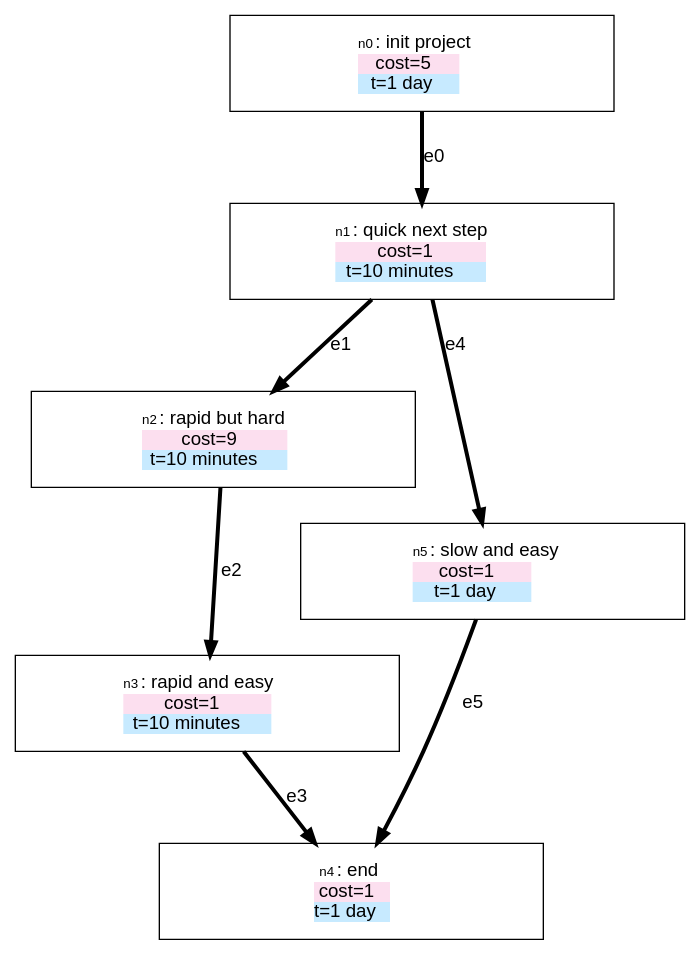
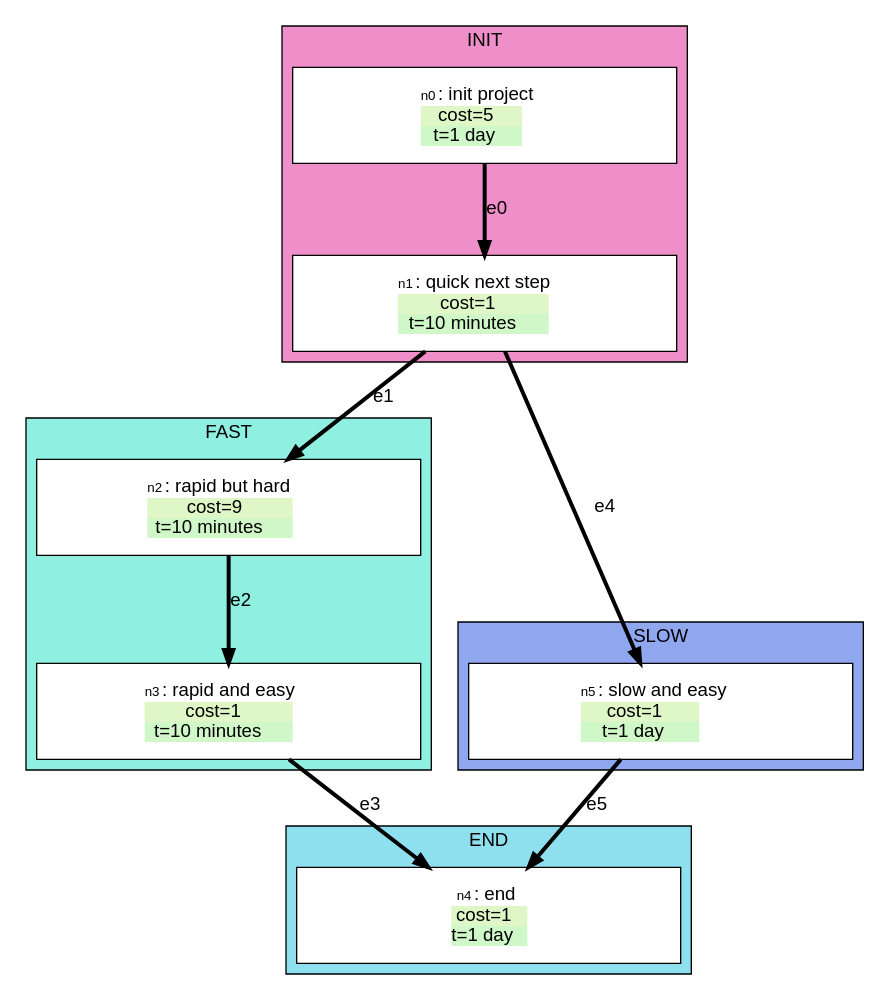
Before and after one commit to stevecooperorg/microdot: the diagram in examples/variables.dot, drawn with Graphviz. The commit also changed 10 other files, not shown here.

```diff
--- a/examples/variables.dot
+++ b/examples/variables.dot
@@ -1,117 +1,133 @@
 digraph {
 
     graph [fontname = "helvetica" rankdir="TB" ranksep=0.75 nodesep=0.5];
     node [fontname = "helvetica" shape = "box" width=2.5 style=filled];
     edge [fontname = "helvetica" penwidth=3 color="#000000"];
 
+  subgraph cluster_FAST {
+  label="FAST"
+  bgcolor="#8FEFE0"
+    n2 [width=4 height=1 label=< <TABLE BORDER="0" CELLPADDING="0" CELLSPACING="0">
+    <TR>
+        <TD COLSPAN="2"><FONT POINT-SIZE="10">n2</FONT>: rapid but hard</TD>
+    </TR>
+    
+        
+           <TR>
+<TD BGCOLOR="#DFF7C7"><FONT COLOR="#000000">cost=9</FONT></TD>
+</TR>
+        
+           <TR>
+<TD BGCOLOR="#D0F7C7"><FONT COLOR="#000000">t=10 minutes</FONT></TD>
+</TR>
+        
+    
+   </TABLE>
+> fillcolor="#FFFFFF"]
+    n3 [width=4 height=1 label=< <TABLE BORDER="0" CELLPADDING="0" CELLSPACING="0">
+    <TR>
+        <TD COLSPAN="2"><FONT POINT-SIZE="10">n3</FONT>: rapid and easy</TD>
+    </TR>
+    
+        
+           <TR>
+<TD BGCOLOR="#DFF7C7"><FONT COLOR="#000000">cost=1</FONT></TD>
+</TR>
+        
+           <TR>
+<TD BGCOLOR="#D0F7C7"><FONT COLOR="#000000">t=10 minutes</FONT></TD>
+</TR>
+        
+    
+   </TABLE>
+> fillcolor="#FFFFFF"]
+  }
+  subgraph cluster_END {
+  label="END"
+  bgcolor="#8FE0EF"
+    n4 [width=4 height=1 label=< <TABLE BORDER="0" CELLPADDING="0" CELLSPACING="0">
+    <TR>
+        <TD COLSPAN="2"><FONT POINT-SIZE="10">n4</FONT>: end</TD>
+    </TR>
+    
+        
+           <TR>
+<TD BGCOLOR="#DFF7C7"><FONT COLOR="#000000">cost=1</FONT></TD>
+</TR>
+        
+           <TR>
+<TD BGCOLOR="#D0F7C7"><FONT COLOR="#000000">t=1 day</FONT></TD>
+</TR>
+        
+    
+   </TABLE>
+> fillcolor="#FFFFFF"]
+  }
+  subgraph cluster_INIT {
+  label="INIT"
+  bgcolor="#EF8FC9"
     n0 [width=4 height=1 label=< <TABLE BORDER="0" CELLPADDING="0" CELLSPACING="0">
     <TR>
         <TD COLSPAN="2"><FONT POINT-SIZE="10">n0</FONT>: init project</TD>
     </TR>
     
         
            <TR>
-<TD BGCOLOR="#FCDFEF"><FONT COLOR="#000000">cost=5</FONT></TD>
+<TD BGCOLOR="#DFF7C7"><FONT COLOR="#000000">cost=5</FONT></TD>
 </TR>
         
            <TR>
-<TD BGCOLOR="#C7EAFF"><FONT COLOR="#000000">t=1 day</FONT></TD>
+<TD BGCOLOR="#D0F7C7"><FONT COLOR="#000000">t=1 day</FONT></TD>
 </TR>
         
     
    </TABLE>
 > fillcolor="#FFFFFF"]
     n1 [width=4 height=1 label=< <TABLE BORDER="0" CELLPADDING="0" CELLSPACING="0">
     <TR>
         <TD COLSPAN="2"><FONT POINT-SIZE="10">n1</FONT>: quick next step</TD>
     </TR>
     
         
            <TR>
-<TD BGCOLOR="#FCDFEF"><FONT COLOR="#000000">cost=1</FONT></TD>
+<TD BGCOLOR="#DFF7C7"><FONT COLOR="#000000">cost=1</FONT></TD>
 </TR>
         
            <TR>
-<TD BGCOLOR="#C7EAFF"><FONT COLOR="#000000">t=10 minutes</FONT></TD>
+<TD BGCOLOR="#D0F7C7"><FONT COLOR="#000000">t=10 minutes</FONT></TD>
 </TR>
         
     
    </TABLE>
 > fillcolor="#FFFFFF"]
-    n2 [width=4 height=1 label=< <TABLE BORDER="0" CELLPADDING="0" CELLSPACING="0">
-    <TR>
-        <TD COLSPAN="2"><FONT POINT-SIZE="10">n2</FONT>: rapid but hard</TD>
-    </TR>
-    
-        
-           <TR>
-<TD BGCOLOR="#FCDFEF"><FONT COLOR="#000000">cost=9</FONT></TD>
-</TR>
-        
-           <TR>
-<TD BGCOLOR="#C7EAFF"><FONT COLOR="#000000">t=10 minutes</FONT></TD>
-</TR>
-        
-    
-   </TABLE>
-> fillcolor="#FFFFFF"]
-    n3 [width=4 height=1 label=< <TABLE BORDER="0" CELLPADDING="0" CELLSPACING="0">
-    <TR>
-        <TD COLSPAN="2"><FONT POINT-SIZE="10">n3</FONT>: rapid and easy</TD>
-    </TR>
-    
-        
-           <TR>
-<TD BGCOLOR="#FCDFEF"><FONT COLOR="#000000">cost=1</FONT></TD>
-</TR>
-        
-           <TR>
-<TD BGCOLOR="#C7EAFF"><FONT COLOR="#000000">t=10 minutes</FONT></TD>
-</TR>
-        
-    
-   </TABLE>
-> fillcolor="#FFFFFF"]
-    n4 [width=4 height=1 label=< <TABLE BORDER="0" CELLPADDING="0" CELLSPACING="0">
-    <TR>
-        <TD COLSPAN="2"><FONT POINT-SIZE="10">n4</FONT>: end</TD>
-    </TR>
-    
-        
-           <TR>
-<TD BGCOLOR="#FCDFEF"><FONT COLOR="#000000">cost=1</FONT></TD>
-</TR>
-        
-           <TR>
-<TD BGCOLOR="#C7EAFF"><FONT COLOR="#000000">t=1 day</FONT></TD>
-</TR>
-        
-    
-   </TABLE>
-> fillcolor="#FFFFFF"]
+  }
+  subgraph cluster_SLOW {
+  label="SLOW"
+  bgcolor="#8FA7EF"
     n5 [width=4 height=1 label=< <TABLE BORDER="0" CELLPADDING="0" CELLSPACING="0">
     <TR>
         <TD COLSPAN="2"><FONT POINT-SIZE="10">n5</FONT>: slow and easy</TD>
     </TR>
     
         
            <TR>
-<TD BGCOLOR="#FCDFEF"><FONT COLOR="#000000">cost=1</FONT></TD>
+<TD BGCOLOR="#DFF7C7"><FONT COLOR="#000000">cost=1</FONT></TD>
 </TR>
         
            <TR>
-<TD BGCOLOR="#C7EAFF"><FONT COLOR="#000000">t=1 day</FONT></TD>
+<TD BGCOLOR="#D0F7C7"><FONT COLOR="#000000">t=1 day</FONT></TD>
 </TR>
         
     
    </TABLE>
 > fillcolor="#FFFFFF"]
+  }
 
     "n0" -> "n1" [label="e0"];
     "n1" -> "n2" [label="e1"];
     "n2" -> "n3" [label="e2"];
     "n3" -> "n4" [label="e3"];
     "n1" -> "n5" [label="e4"];
     "n5" -> "n4" [label="e5"];
 
 }
```
